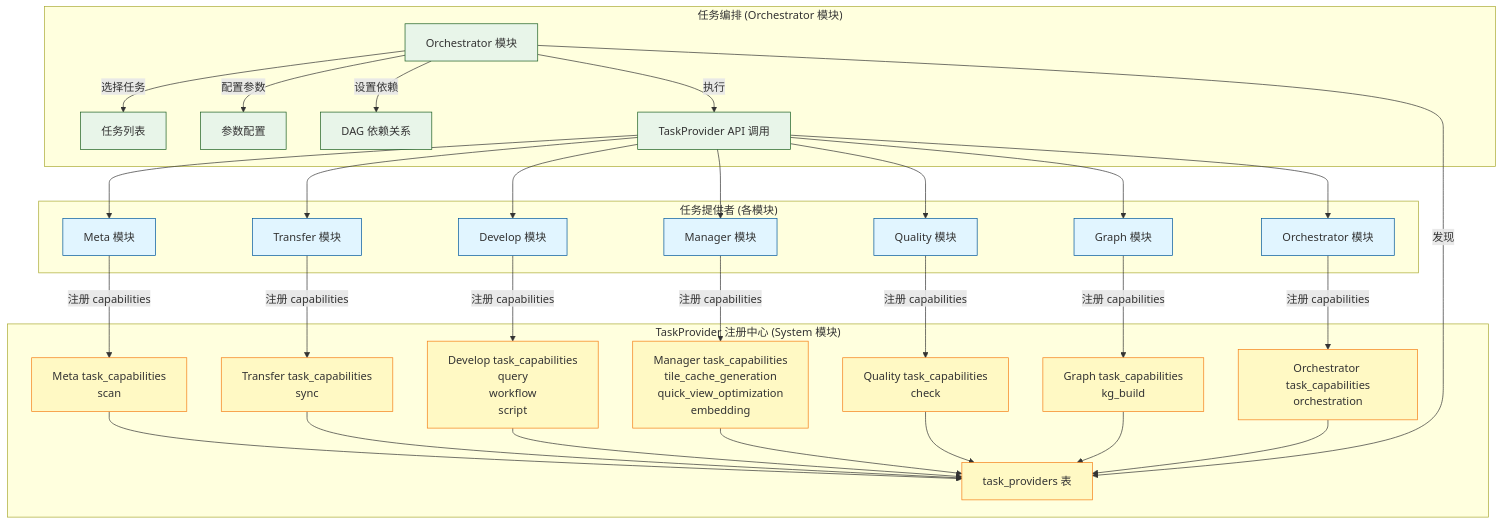
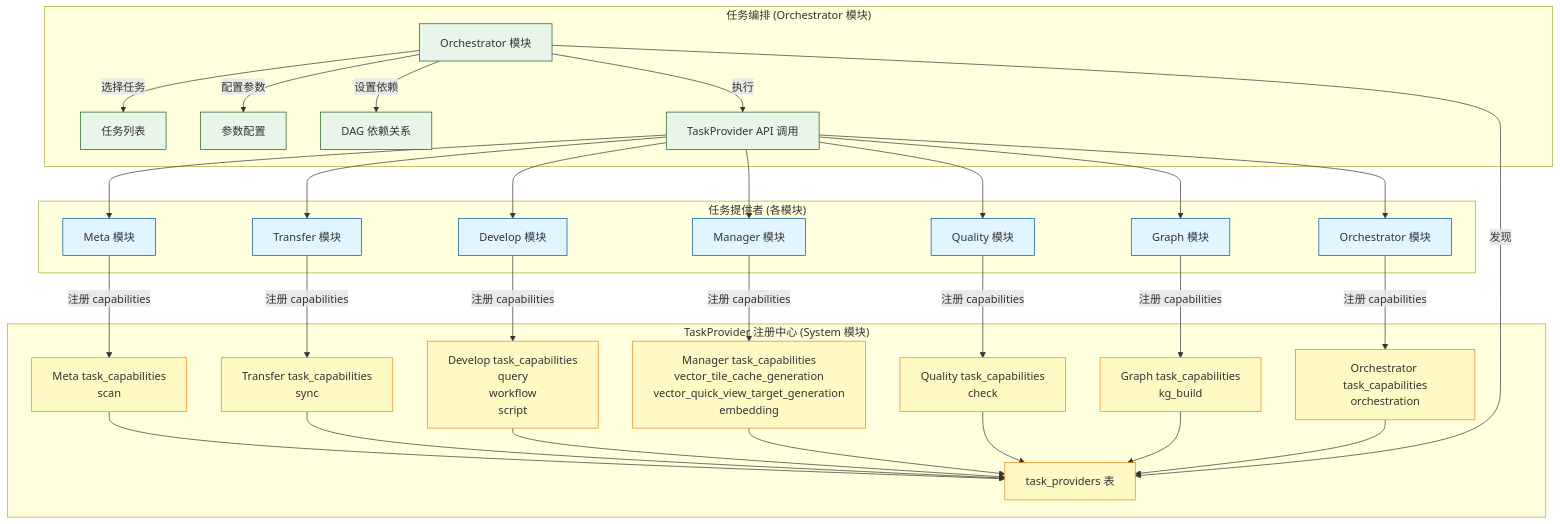
The first of 6 diagrams in docs/concepts/addp任务编排体系图.md (pampa0629/addp), drawn with Mermaid before and after one commit. The commit also changed other lines of this file and 78 other files, not shown here.

````diff
--- a/docs/concepts/addp任务编排体系图.md
+++ b/docs/concepts/addp任务编排体系图.md
@@ -35,58 +35,58 @@
 ```mermaid
 graph TB
     subgraph "任务提供者 (各模块)"
         Meta[Meta 模块]
         Transfer[Transfer 模块]
         Develop[Develop 模块]
         Manager[Manager 模块]
         Quality[Quality 模块]
         Graph[Graph 模块]
         OrchestratorProvider[Orchestrator 模块]
     end
 
     subgraph "TaskProvider 注册中心 (System 模块)"
         Registry[task_providers 表]
 
         Meta --> |注册 capabilities| MetaCap[Meta task_capabilities<br/>scan]
         Transfer --> |注册 capabilities| TransferCap[Transfer task_capabilities<br/>sync]
         Develop --> |注册 capabilities| DevelopCap[Develop task_capabilities<br/>query<br/>workflow<br/>script]
-        Manager --> |注册 capabilities| ManagerCap[Manager task_capabilities<br/>tile_cache_generation<br/>quick_view_optimization<br/>embedding]
+        Manager --> |注册 capabilities| ManagerCap[Manager task_capabilities<br/>vector_tile_cache_generation<br/>vector_quick_view_target_generation<br/>embedding]
         Quality --> |注册 capabilities| QualityCap[Quality task_capabilities<br/>check]
         Graph --> |注册 capabilities| GraphCap[Graph task_capabilities<br/>kg_build]
         OrchestratorProvider --> |注册 capabilities| OrchestratorCap[Orchestrator task_capabilities<br/>orchestration]
 
         MetaCap --> Registry
         TransferCap --> Registry
         DevelopCap --> Registry
         ManagerCap --> Registry
         QualityCap --> Registry
         GraphCap --> Registry
         OrchestratorCap --> Registry
     end
 
     subgraph "任务编排 (Orchestrator 模块)"
         Orchestrator[Orchestrator 模块]
 
         Orchestrator --> |发现| Registry
         Orchestrator --> |选择任务| Tasks[任务列表]
         Orchestrator --> |配置参数| Params[参数配置]
         Orchestrator --> |设置依赖| DAG[DAG 依赖关系]
         Orchestrator --> |执行| Call[TaskProvider API 调用]
     end
 
     Call --> Meta
     Call --> Transfer
     Call --> Develop
     Call --> Manager
     Call --> Quality
     Call --> Graph
     Call --> OrchestratorProvider
 
     classDef provider fill:#e1f5ff,stroke:#01579b
     classDef registry fill:#fff9c4,stroke:#f57f17
     classDef orchestrator fill:#e8f5e9,stroke:#1b5e20
 
     class Meta,Transfer,Develop,Manager,Quality,Graph,OrchestratorProvider provider
     class Registry,MetaCap,TransferCap,DevelopCap,ManagerCap,QualityCap,GraphCap,OrchestratorCap registry
     class Orchestrator,Tasks,Params,DAG,Call orchestrator
 ```
````
